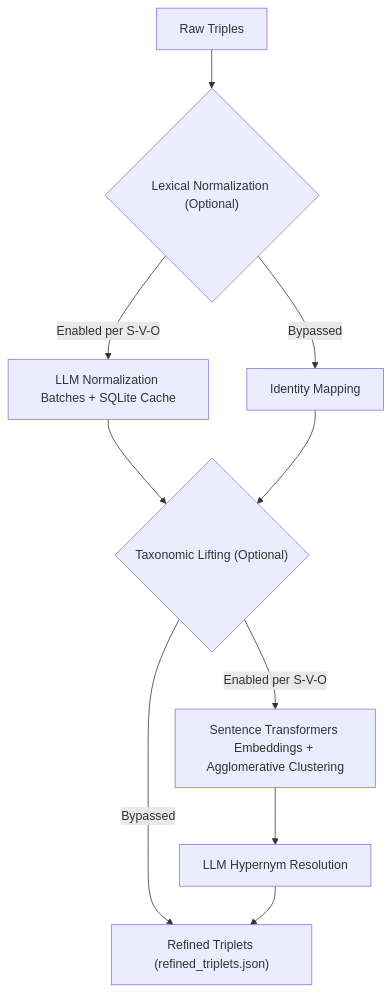
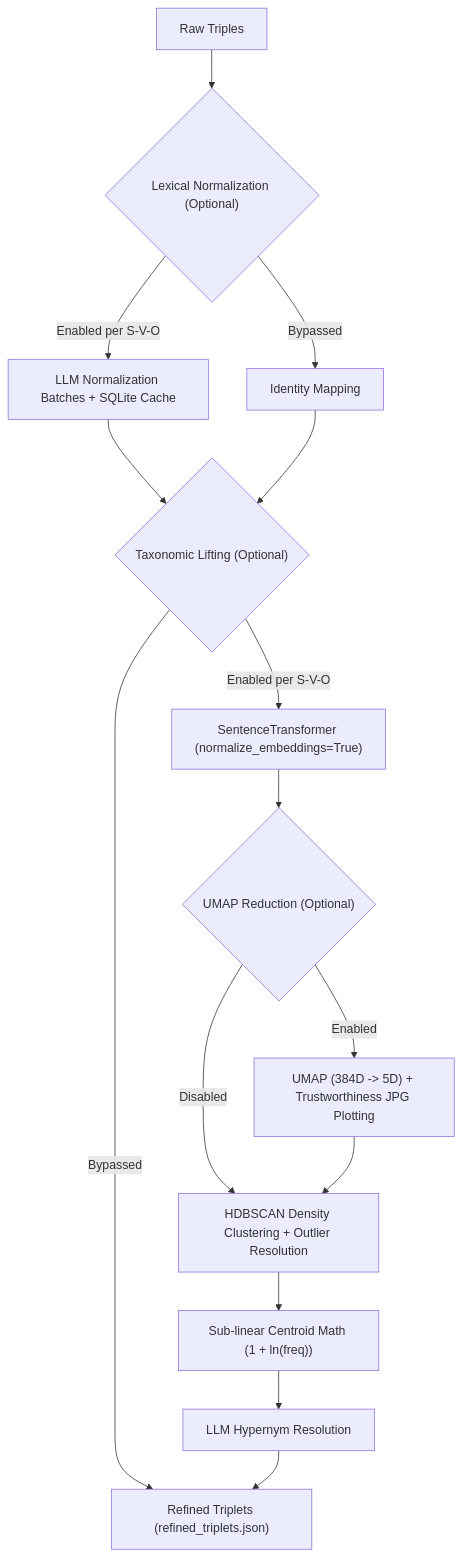
One commit to childmindresearch/SemanticPrism changed the first of 3 diagrams in README.md. Above: the diagram before and after it, drawn with Mermaid. The commit also changed other lines of this file and 3 other files, not shown here.

Commit message:
add UMAP HDBSCAN embedding clusters

````diff
--- a/README.md
+++ b/README.md
@@ -72,12 +72,17 @@
 ```mermaid
 graph TD
     RawTriplets["Raw Triples"] --> LexicalNorm{"Lexical Normalization (Optional)"}
     LexicalNorm -->|"Enabled per S-V-O"| NormPass["LLM Normalization Batches + SQLite Cache"]
     LexicalNorm -->|"Bypassed"| DirectRemap["Identity Mapping"]
     NormPass --> VectorClust{"Taxonomic Lifting (Optional)"}
     DirectRemap --> VectorClust
-    VectorClust -->|"Enabled per S-V-O"| VectorEmbed["Sentence Transformers Embeddings + Agglomerative Clustering"]
-    VectorEmbed --> TaxoLifting["LLM Hypernym Resolution"]
+    VectorClust -->|"Enabled per S-V-O"| NativeEmbed["SentenceTransformer (normalize_embeddings=True)"]
+    NativeEmbed --> UMAPToggle{"UMAP Reduction (Optional)"}
+    UMAPToggle -->|"Enabled"| UMAPPass["UMAP (384D -> 5D) + Trustworthiness JPG Plotting"]
+    UMAPToggle -->|"Disabled"| HDBSCANPass["HDBSCAN Density Clustering + Outlier Resolution"]
+    UMAPPass --> HDBSCANPass
+    HDBSCANPass --> SublinearCentroid["Sub-linear Centroid Math (1 + ln(freq))"]
+    SublinearCentroid --> TaxoLifting["LLM Hypernym Resolution"]
     VectorClust -->|"Bypassed"| RefinedOut["Refined Triplets (refined_triplets.json)"]
     TaxoLifting --> RefinedOut
 ```
````
